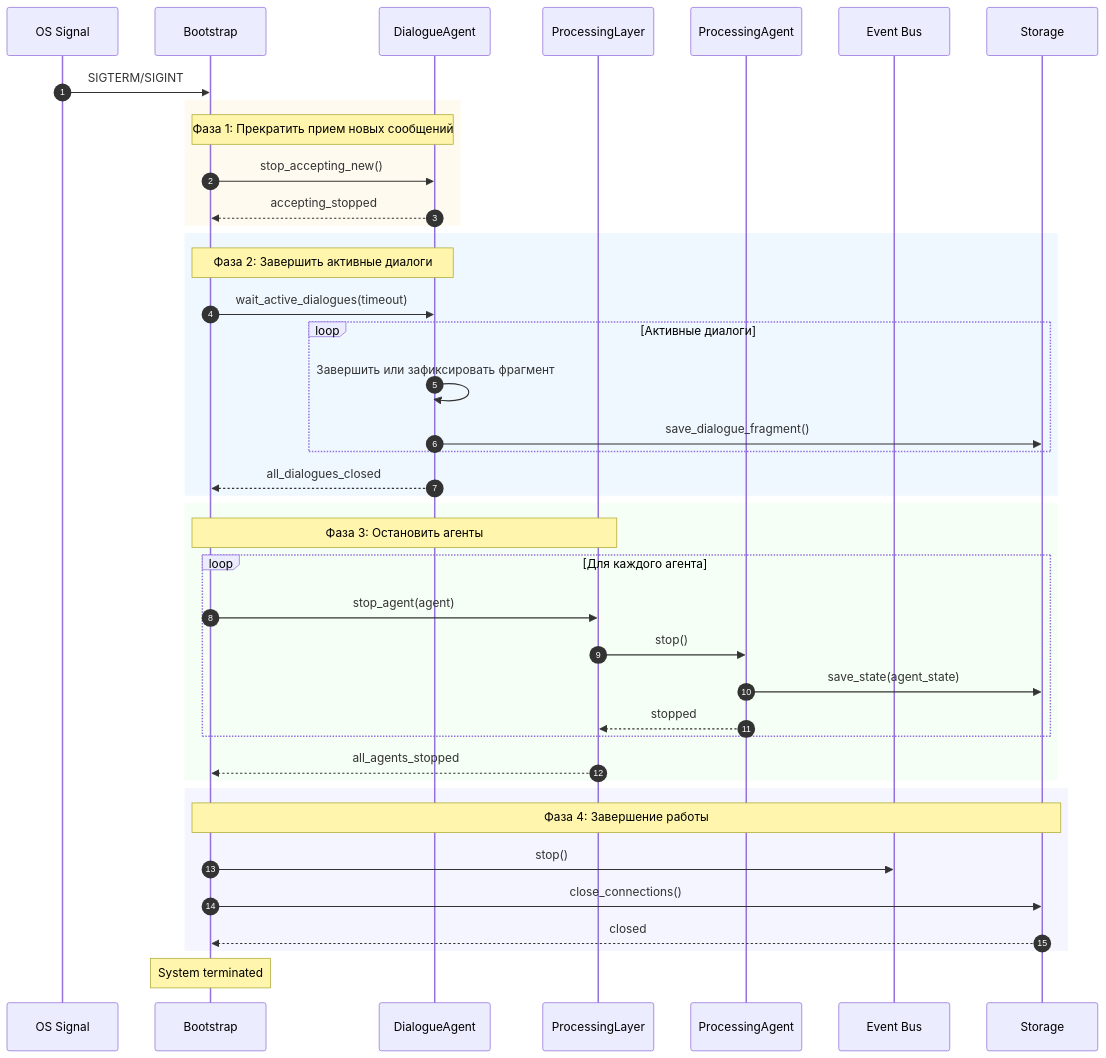
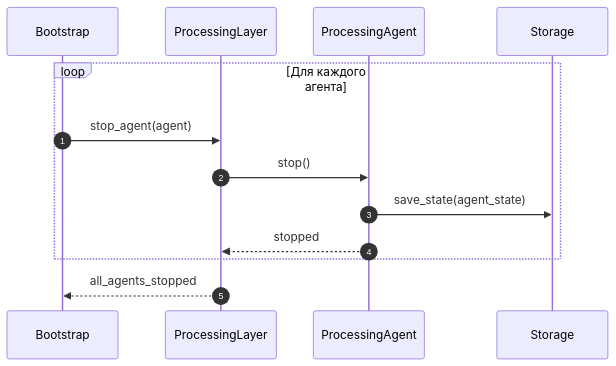
Before and after one commit to Dieugene/team-assistant: diagram 15 of 17 in 00_docs/architecture/runtime_architecture.md, drawn with Mermaid. The commit also changed other lines of this file, not shown here.

First line of the commit message:
Refine runtime architecture details

````diff
--- a/00_docs/architecture/runtime_architecture.md
+++ b/00_docs/architecture/runtime_architecture.md
@@ -436,49 +487,17 @@
 ```mermaid
 sequenceDiagram
     autonumber
-    participant Signal as OS Signal
     participant Bootstrap as Bootstrap
-    participant DA as DialogueAgent
     participant PL as ProcessingLayer
     participant PA as ProcessingAgent
-    participant EB as Event Bus
     participant Storage as Storage
 
-    Signal->>Bootstrap: SIGTERM/SIGINT
-
-    rect rgb(255, 250, 240)
-        Note over Bootstrap,DA: Фаза 1: Прекратить прием новых сообщений
-        Bootstrap->>DA: stop_accepting_new()
-        DA-->>Bootstrap: accepting_stopped
+    loop Для каждого агента
+        Bootstrap->>PL: stop_agent(agent)
+        PL->>PA: stop()
+        PA->>Storage: save_state(agent_state)
+        PA-->>PL: stopped
     end
 
-    rect rgb(240, 248, 255)
-        Note over Bootstrap,DA: Фаза 2: Завершить активные диалоги
-        Bootstrap->>DA: wait_active_dialogues(timeout)
-        loop Активные диалоги
-            DA->>DA: Завершить или зафиксировать фрагмент
-            DA->>Storage: save_dialogue_fragment()
-        end
-        DA-->>Bootstrap: all_dialogues_closed
-    end
-
-    rect rgb(245, 255, 245)
-        Note over Bootstrap,PL: Фаза 3: Остановить агенты
-        loop Для каждого агента
-            Bootstrap->>PL: stop_agent(agent)
-            PL->>PA: stop()
-            PA->>Storage: save_state(agent_state)
-            PA-->>PL: stopped
-        end
-        PL-->>Bootstrap: all_agents_stopped
-    end
-
-    rect rgb(245, 245, 255)
-        Note over Bootstrap,Storage: Фаза 4: Завершение работы
-        Bootstrap->>EB: stop()
-        Bootstrap->>Storage: close_connections()
-        Storage-->>Bootstrap: closed
-    end
-
-    Note over Bootstrap: System terminated
+    PL-->>Bootstrap: all_agents_stopped
 ```
````
